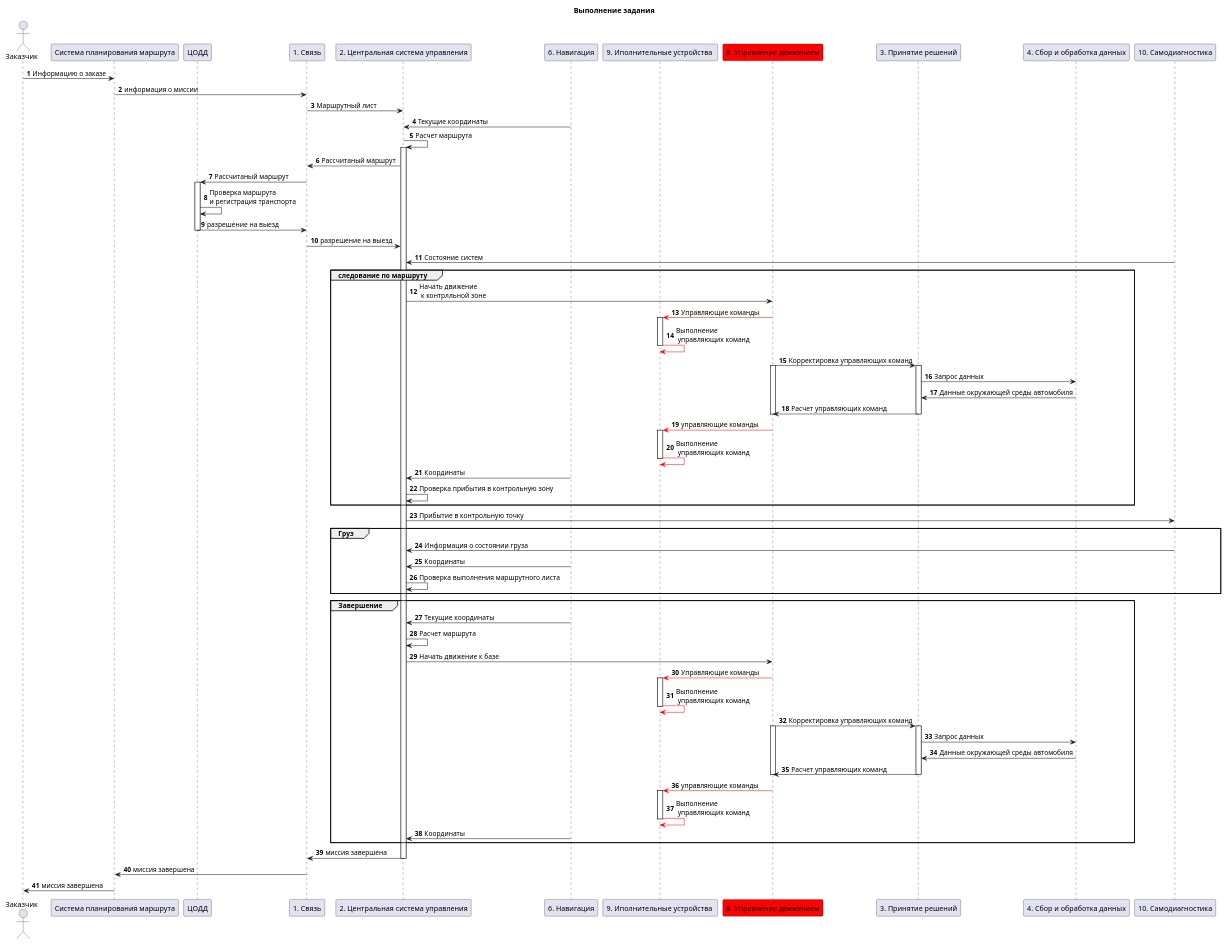
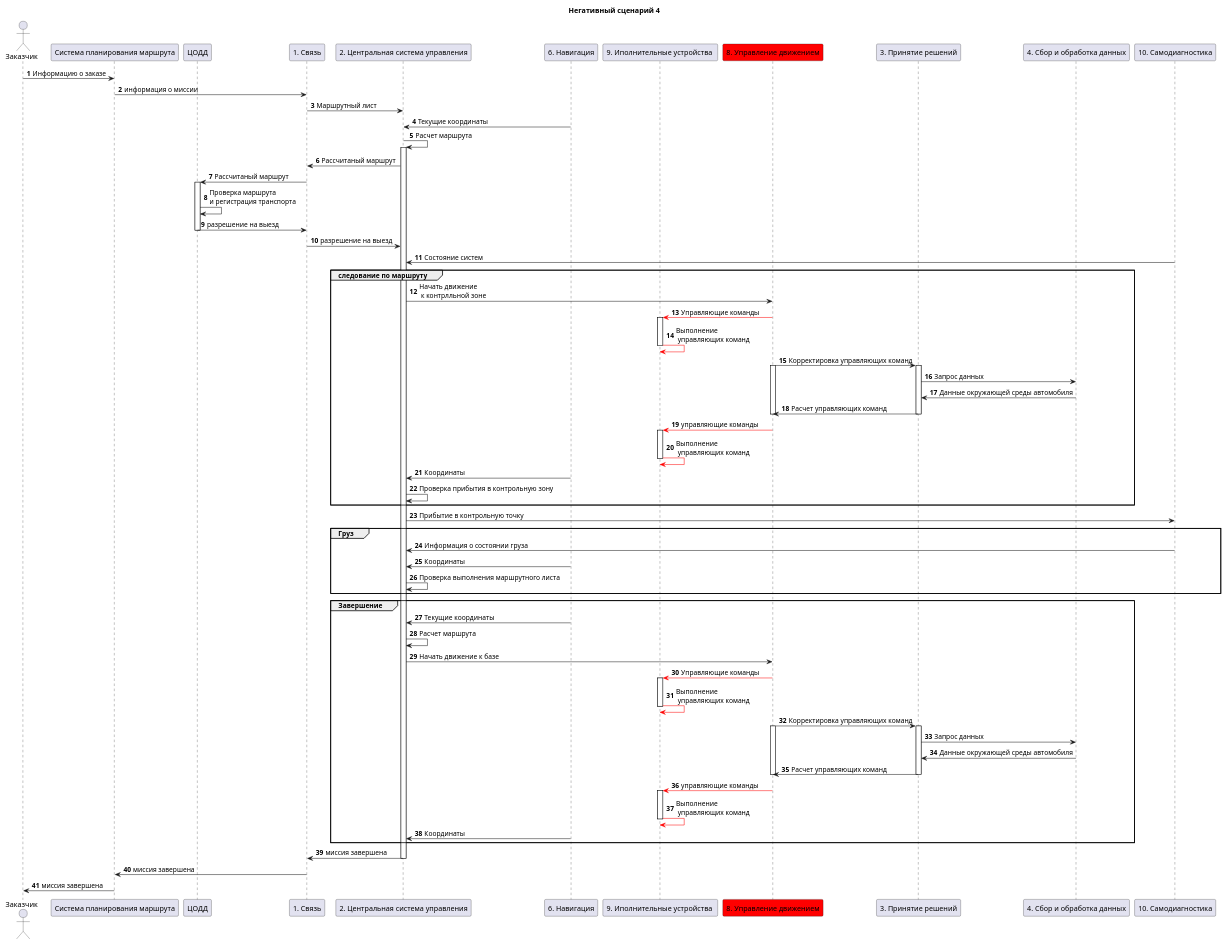
One commit to hedgehogsooo/conditionteams changed the diagram in images/НС-4.puml. Above: the diagram before and after it, drawn with PlantUML. The commit also changed 26 other files, not shown here.

```diff
--- a/images/НС-4.puml
+++ b/images/НС-4.puml
@@ -1,87 +1,87 @@
 @startuml НС-4
-title Выполнение задания
+title Негативный сценарий 4
 autonumber
 
 
 actor "Заказчик" as operator
 participant "Система планирования маршрута" as planingsystem
 participant "ЦОДД" as TSODD
 participant "1. Связь" as connection
 participant "2. Центральная система управления" as centralsystem
 participant "6. Навигация" as navigation 
 participant "9. Иполнительные устройства " as actuators 
 participant "8. Управление движением" as traficcontrol #Red
 participant "3. Принятие решений" as spr
 participant "4. Сбор и обработка данных" as data
 participant "10. Самодиагностика" as diagnoctik 
 
 
 operator -> planingsystem: Информацию о заказе
 planingsystem-> connection: информация о миссии
 connection -> centralsystem : Маршрутный лист
 navigation -> centralsystem : Текущие координаты
 centralsystem -> centralsystem ++: Расчет маршрута
 centralsystem -> connection: Рассчитаный маршрут
 connection -> TSODD ++: Рассчитаный маршрут
 TSODD -> TSODD : Проверка маршрута \nи регистрация транспорта
 TSODD -> connection--: разрешение на выезд 
 connection -> centralsystem : разрешение на выезд 
 diagnoctik -> centralsystem : Состояние систем 
 
 
 group следование по маршруту
 centralsystem ->  traficcontrol: Начать движение \n к контрлльной зоне
 traficcontrol -[#Red]> actuators++: Управляющие команды
 actuators -[#Red]> actuators--: Выполнение \n управляющих команд
 traficcontrol -> spr: Корректировка управляющих команд
 traficcontrol++
 spr++
 spr -> data: Запрос данных
 data -> spr: Данные окружающей среды автомобиля
 spr -> traficcontrol: Расчет управляющих команд
 spr--
 traficcontrol--
 traficcontrol -[#Red]> actuators++: управляющие команды
 actuators -[#Red]> actuators--: Выполнение \n управляющих команд
 navigation -> centralsystem: Координаты
 centralsystem -> centralsystem: Проверка прибытия в контрольную зону
 end
 
 
 centralsystem -> diagnoctik: Прибытие в контрольную точку
 group Груз
 diagnoctik -> centralsystem: Информация о состоянии груза
 navigation -> centralsystem: Координаты
 centralsystem -> centralsystem: Проверка выполнения маршрутного листа
 end
 
 
 group Завершение 
 navigation -> centralsystem: Текущие координаты
 centralsystem -> centralsystem: Расчет маршрута
 centralsystem ->  traficcontrol: Начать движение к базе 
 traficcontrol -[#Red]> actuators++: Управляющие команды
 actuators -[#Red]> actuators--: Выполнение \n управляющих команд
 
 
 traficcontrol -> spr: Корректировка управляющих команд
 traficcontrol++
 spr++
 spr -> data: Запрос данных
 data -> spr: Данные окружающей среды автомобиля
 spr -> traficcontrol: Расчет управляющих команд
 spr--
 traficcontrol--
 
 traficcontrol -[#Red]> actuators++: управляющие команды
 actuators -[#Red]> actuators--: Выполнение \n управляющих команд
 navigation -> centralsystem: Координаты
 end
 
 
 centralsystem -> connection--: миссия завершена
 connection -> planingsystem: миссия завершена 
 planingsystem -> operator: миссия завершена
 
 
 @enduml
```
